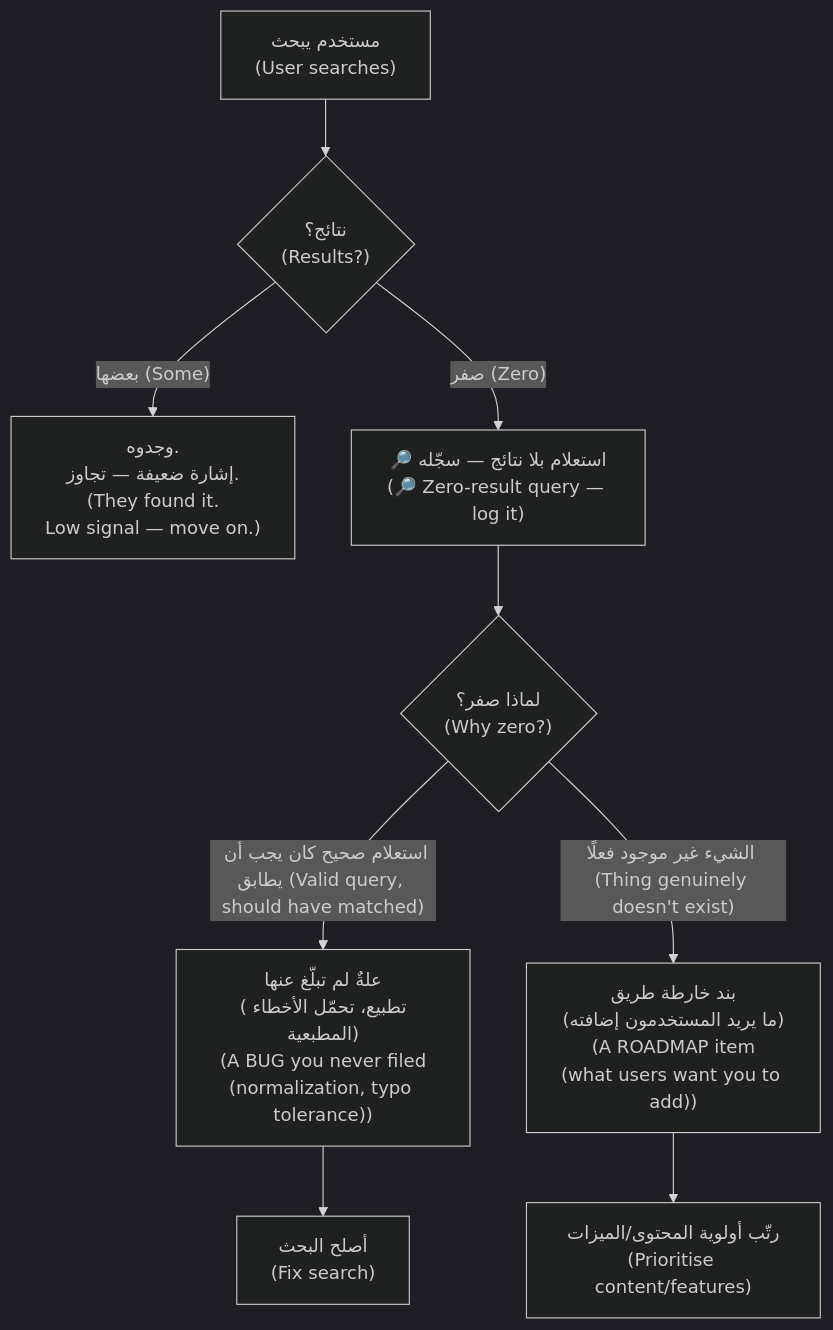
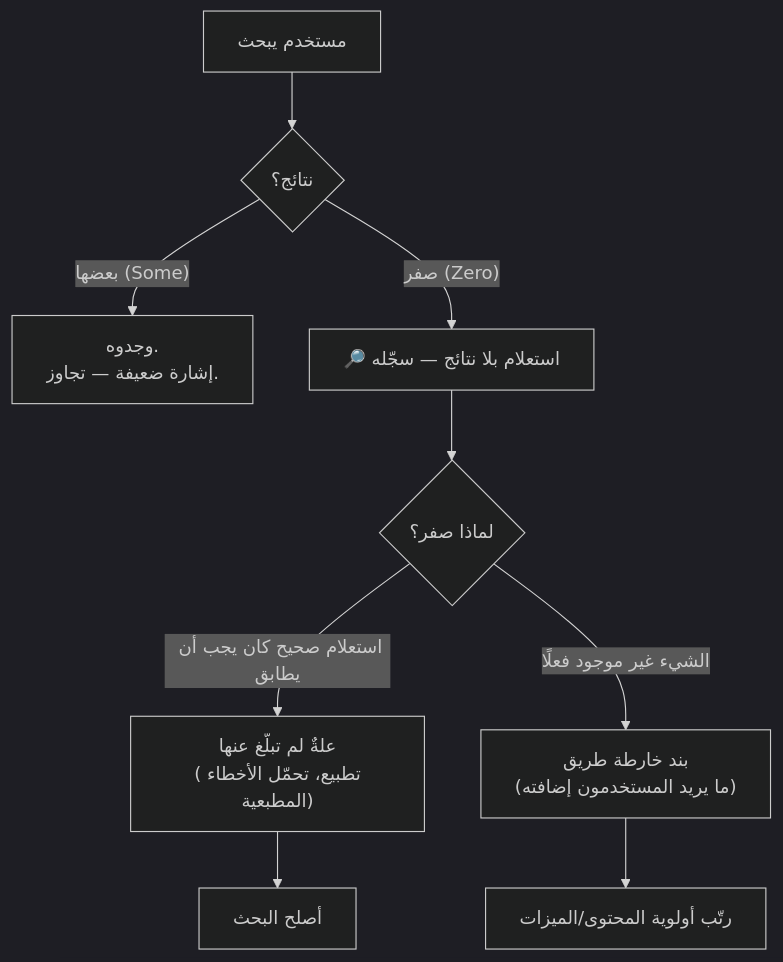
Before and after one commit to Tamoura/system-design-for-vibe-coders: the third of 6 diagrams in modules/07-observability/module.ar.md, drawn with Mermaid (dark theme). The commit also changed other lines of this file and 551 other files, not shown here.

````diff
--- a/modules/07-observability/module.ar.md
+++ b/modules/07-observability/module.ar.md
@@ -318,11 +318,11 @@
 ```mermaid
 flowchart TD
-    U["مستخدم يبحث<br/>(User searches)"] --> R{"نتائج؟<br/>(Results?)"}
-    R -->|"بعضها (Some)"| OK["وجدوه.<br/>إشارة ضعيفة — تجاوز.<br/>(They found it.<br/>Low signal — move on.)"]
-    R -->|"صفر (Zero)"| Z["🔎 استعلام بلا نتائج — سجّله<br/>(🔎 Zero-result query — log it)"]
-    Z --> A{"لماذا صفر؟<br/>(Why zero?)"}
-    A -->|"استعلام صحيح كان يجب أن يطابق (Valid query, should have matched)"| BUG["علةٌ لم تبلّغ عنها<br/>(تطبيع، تحمّل الأخطاء المطبعية)<br/>(A BUG you never filed<br/>(normalization, typo tolerance))"]
-    A -->|"الشيء غير موجود فعلًا (Thing genuinely doesn't exist)"| ROAD["بند خارطة طريق<br/>(ما يريد المستخدمون إضافته)<br/>(A ROADMAP item<br/>(what users want you to add))"]
-    BUG --> FIX["أصلح البحث<br/>(Fix search)"]
-    ROAD --> BUILD["رتّب أولوية المحتوى/الميزات<br/>(Prioritise content/features)"]
+    U["مستخدم يبحث"] --> R{"نتائج؟"}
+    R -->|"بعضها (Some)"| OK["وجدوه.<br/>إشارة ضعيفة — تجاوز."]
+    R -->|"صفر (Zero)"| Z["🔎 استعلام بلا نتائج — سجّله"]
+    Z --> A{"لماذا صفر؟"}
+    A -->|"استعلام صحيح كان يجب أن يطابق"| BUG["علةٌ لم تبلّغ عنها<br/>(تطبيع، تحمّل الأخطاء المطبعية)"]
+    A -->|"الشيء غير موجود فعلًا"| ROAD["بند خارطة طريق<br/>(ما يريد المستخدمون إضافته)"]
+    BUG --> FIX["أصلح البحث"]
+    ROAD --> BUILD["رتّب أولوية المحتوى/الميزات"]
 ```
````
